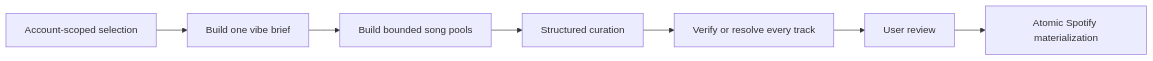
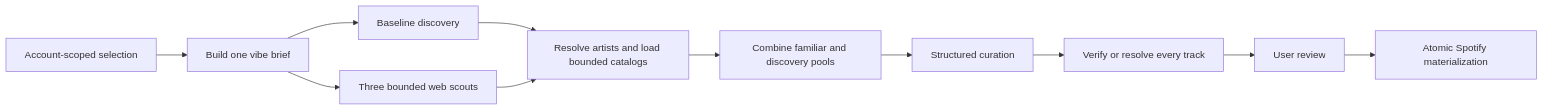
Before and after one commit to DroopyTersen/better-spotify: the diagram in docs/playlist-building-process.md, drawn with Mermaid. The commit also changed other lines of this file and 23 other files, not shown here.

Commit message:
Add bounded playlist discovery scouts

````diff
--- a/docs/playlist-building-process.md
+++ b/docs/playlist-building-process.md
@@ -8,9 +8,13 @@
 ```mermaid
 flowchart LR
     Selection[Account-scoped selection] --> Brief[Build one vibe brief]
-    Brief --> Pool[Build bounded song pools]
+    Brief --> Baseline[Baseline discovery]
+    Brief --> Scouts[Three bounded web scouts]
+    Baseline --> Spotify[Resolve artists and load bounded catalogs]
+    Scouts --> Spotify
+    Spotify --> Pool[Combine familiar and discovery pools]
     Pool --> Model[Structured curation]
     Model --> Verify[Verify or resolve every track]
     Verify --> Review[User review]
     Review --> Write[Atomic Spotify materialization]
 ```
````
